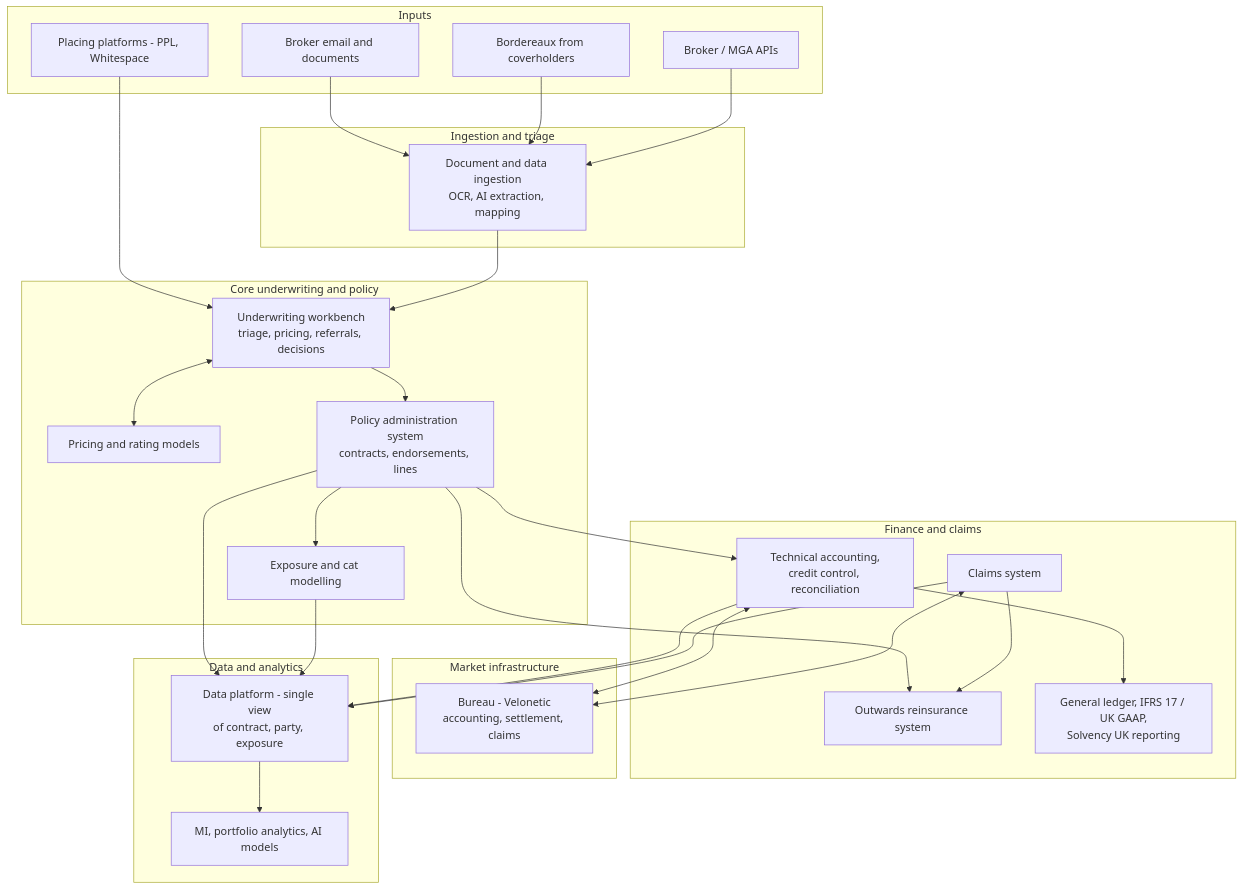
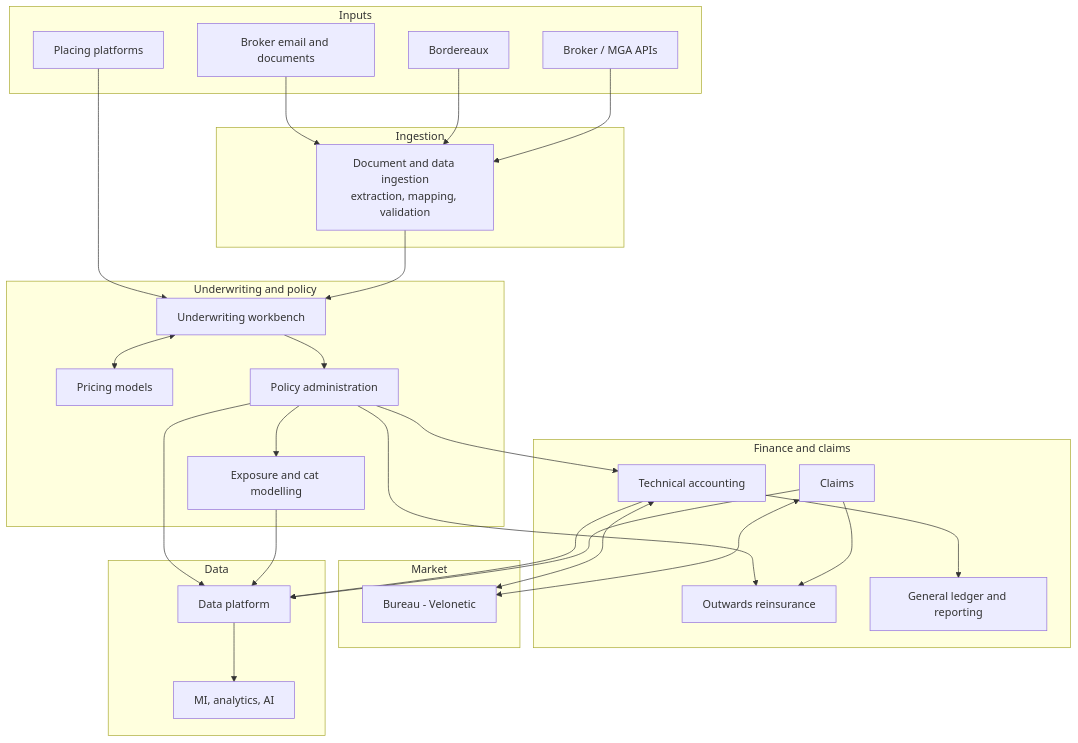
Before and after one commit to gazal-gupta/Insurance-Domain: the diagram in london-market-lloyds-guide/08-Advanced-Modernisation-Data-Technology.md, drawn with Mermaid. The commit also changed other lines of this file, not shown here.

First line of the commit message:
Rewrite chapter 08 modernisation, data and technology in full detail

````diff
--- a/london-market-lloyds-guide/08-Advanced-Modernisation-Data-Technology.md
+++ b/london-market-lloyds-guide/08-Advanced-Modernisation-Data-Technology.md
@@ -78,50 +98,50 @@
 ```mermaid
 flowchart TB
-  subgraph Channels[Inputs]
+  subgraph In[Inputs]
     E[Broker email and documents]
-    P[Placing platforms - PPL, Whitespace]
-    BX[Bordereaux from coverholders]
+    P[Placing platforms]
+    BX[Bordereaux]
     API[Broker / MGA APIs]
   end
-  subgraph Ingest[Ingestion and triage]
-    ING[Document and data ingestion<br/>OCR, AI extraction, mapping]
+  subgraph Ing[Ingestion]
+    ING[Document and data ingestion<br/>extraction, mapping, validation]
   end
-  subgraph Core[Core underwriting and policy]
-    UWB[Underwriting workbench<br/>triage, pricing, referrals, decisions]
-    PRC[Pricing and rating models]
-    PAS[Policy administration system<br/>contracts, endorsements, lines]
+  subgraph Core[Underwriting and policy]
+    UWB[Underwriting workbench]
+    PRC[Pricing models]
+    PAS[Policy administration]
     EXP[Exposure and cat modelling]
   end
   subgraph Fin[Finance and claims]
-    ACC[Technical accounting,<br/>credit control, reconciliation]
-    CLM[Claims system]
-    RI[Outwards reinsurance system]
-    GL[General ledger, IFRS 17 / UK GAAP,<br/>Solvency UK reporting]
+    ACC[Technical accounting]
+    CLM[Claims]
+    RI[Outwards reinsurance]
+    GL[General ledger and reporting]
   end
-  subgraph Market[Market infrastructure]
-    BUR[Bureau - Velonetic<br/>accounting, settlement, claims]
+  subgraph Mkt[Market]
+    BUR[Bureau - Velonetic]
   end
-  subgraph Data[Data and analytics]
-    DP[Data platform - single view<br/>of contract, party, exposure]
-    MI[MI, portfolio analytics, AI models]
+  subgraph Data[Data]
+    DP[Data platform]
+    MI[MI, analytics, AI]
   end
   E --> ING
-  P --> UWB
   BX --> ING
   API --> ING
+  P --> UWB
   ING --> UWB
   UWB <--> PRC
   UWB --> PAS
   PAS --> EXP
   PAS --> ACC
   ACC <--> BUR
   CLM <--> BUR
   PAS --> RI
   CLM --> RI
   ACC --> GL
   PAS --> DP
   ACC --> DP
   CLM --> DP
   EXP --> DP
   DP --> MI
 ```
````
